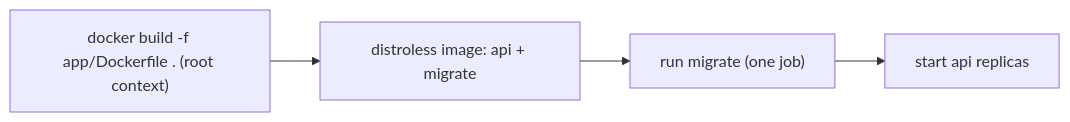
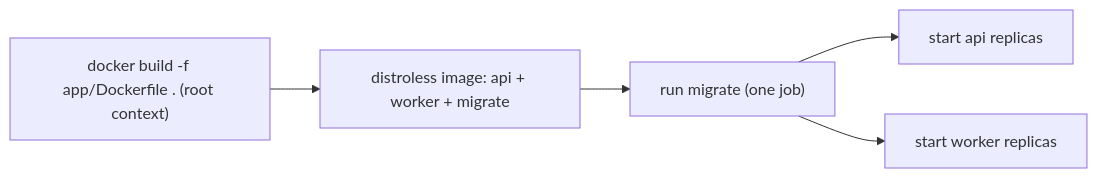
One commit to imlargo/medusa changed the fifth of 5 diagrams in docs/architecture.md. Above: the diagram before and after it, drawn with Mermaid. The commit also changed other lines of this file and 21 other files, not shown here.

First line of the commit message:
feat(postgres): a job queue on SKIP LOCKED with fenced leases, and a worker for the app

````diff
--- a/docs/architecture.md
+++ b/docs/architecture.md
@@ -201,6 +216,7 @@
 ```mermaid
 flowchart LR
-    build["docker build -f app/Dockerfile . (root context)"] --> image["distroless image: api + migrate"]
+    build["docker build -f app/Dockerfile . (root context)"] --> image["distroless image: api + worker + migrate"]
     image --> migrate["run migrate (one job)"]
     migrate --> api["start api replicas"]
+    migrate --> workers["start worker replicas"]
 ```
````
